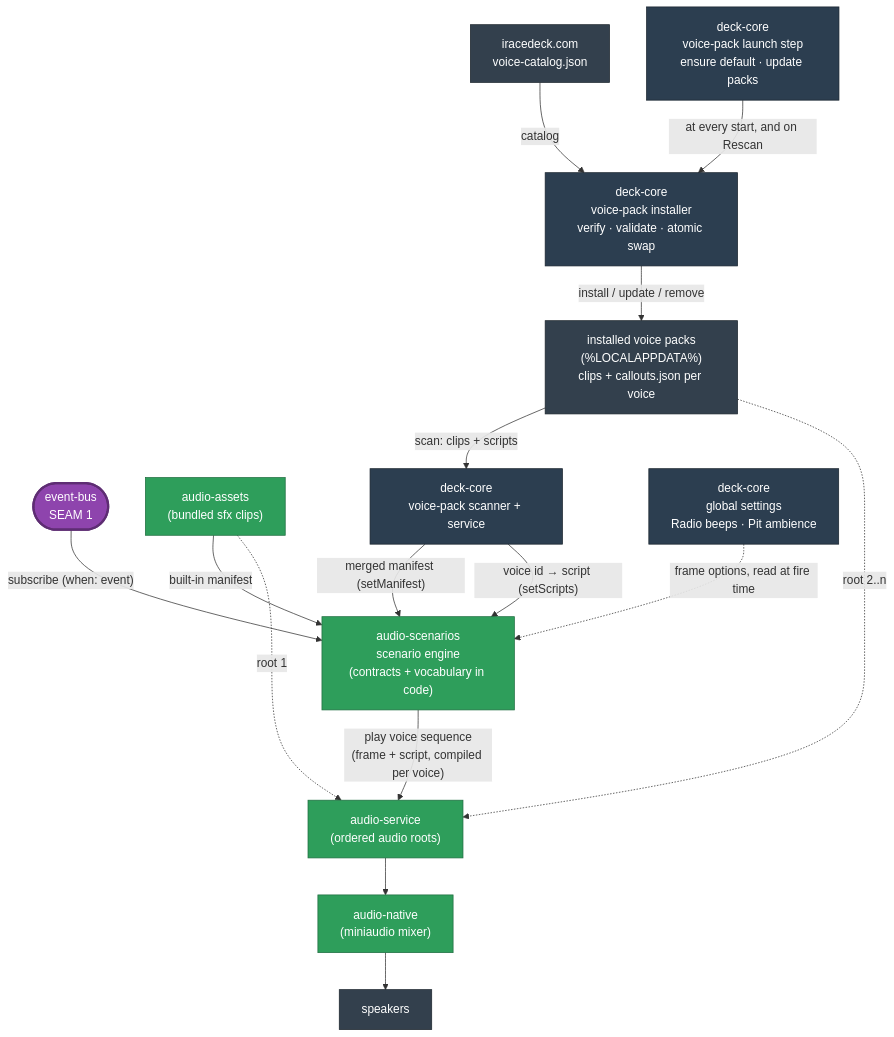
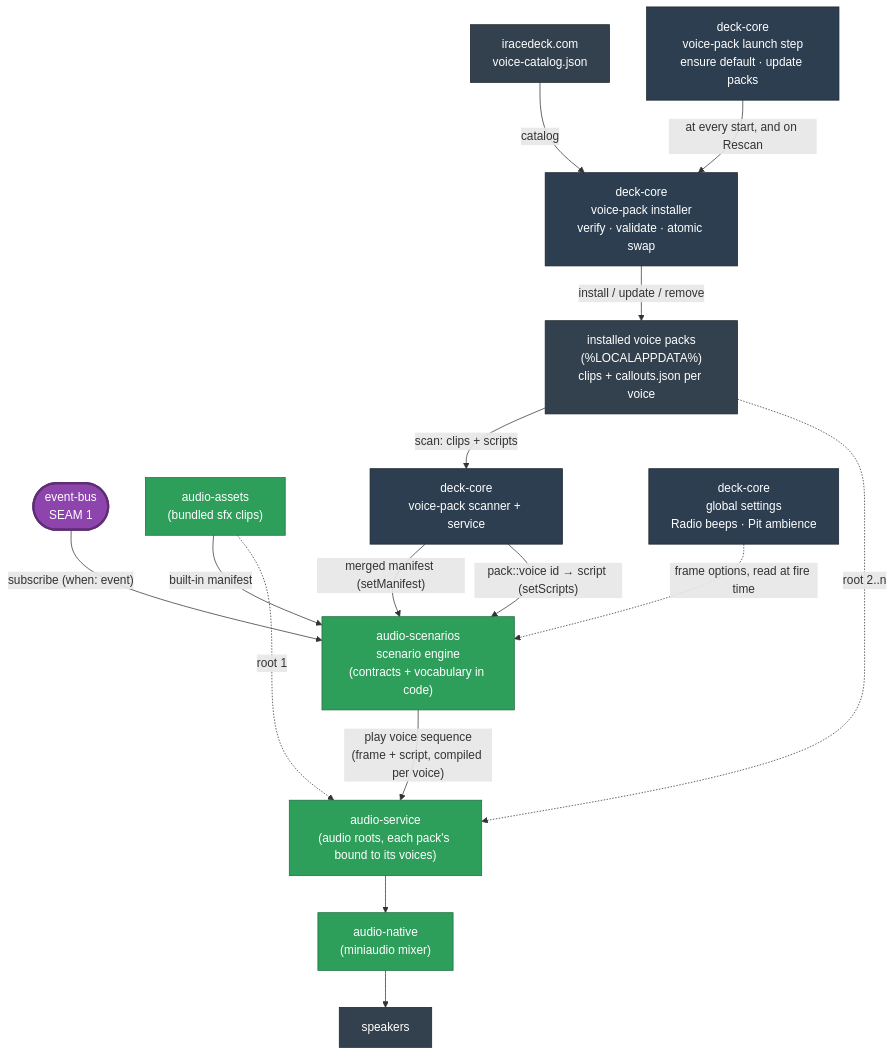
Before and after one commit to niklam/iracedeck: the fifth of 6 diagrams in packages/website/src/content/docs/docs/development/architecture.md, drawn with Mermaid. The commit also changed other lines of this file and 77 other files, not shown here.

First line of the commit message:
feat(voice-packs): namespace voice ids by pack so two packs can share a voice name (#1144) (#1206)

````diff
--- a/packages/website/src/content/docs/docs/development/architecture.md
+++ b/packages/website/src/content/docs/docs/development/architecture.md
@@ -197,35 +197,35 @@
 ```mermaid
 flowchart TB
   bus(["event-bus<br/>SEAM 1"]):::seam
   scen["audio-scenarios<br/>scenario engine<br/>(contracts + vocabulary in code)"]:::audio
   assets["audio-assets<br/>(bundled sfx clips)"]:::audio
   packs["installed voice packs<br/>(%LOCALAPPDATA%)<br/>clips + callouts.json per voice"]:::ext
   scan["deck-core<br/>voice-pack scanner + service"]:::core
   gs["deck-core<br/>global settings<br/>Radio beeps · Pit ambience"]:::core
-  svc["audio-service<br/>(ordered audio roots)"]:::audio
+  svc["audio-service<br/>(audio roots, each pack's bound to its voices)"]:::audio
   nat["audio-native<br/>(miniaudio mixer)"]:::audio
   spk["speakers"]:::ext
 
   bus -->|"subscribe (when: event)"| scen
   assets -->|"built-in manifest"| scen
   packs -->|"scan: clips + scripts"| scan
   scan -->|"merged manifest (setManifest)"| scen
-  scan -->|"voice id → script (setScripts)"| scen
+  scan -->|"pack::voice id → script (setScripts)"| scen
   gs -.->|"frame options, read at fire time"| scen
   cat["iracedeck.com<br/>voice-catalog.json"]:::ext
   inst["deck-core<br/>voice-pack installer<br/>verify · validate · atomic swap"]:::core
   cat -->|"catalog"| inst
   launch["deck-core<br/>voice-pack launch step<br/>ensure default · update packs"]:::core
   launch -->|"at every start, and on Rescan"| inst
   inst -->|"install / update / remove"| packs
   scen -->|"play voice sequence<br/>(frame + script, compiled per voice)"| svc
   assets -.->|"root 1"| svc
   packs -.->|"root 2..n"| svc
   svc --> nat
   nat --> spk
 
   classDef core fill:#2c3e50,color:#fff,stroke:#1a252f;
   classDef ext fill:#33404d,color:#fff,stroke:#1d262e;
   classDef seam fill:#8e44ad,color:#fff,stroke:#5e2d73,stroke-width:3px;
   classDef audio fill:#2e9e5b,color:#fff,stroke:#1f6e40;
 ```
````
